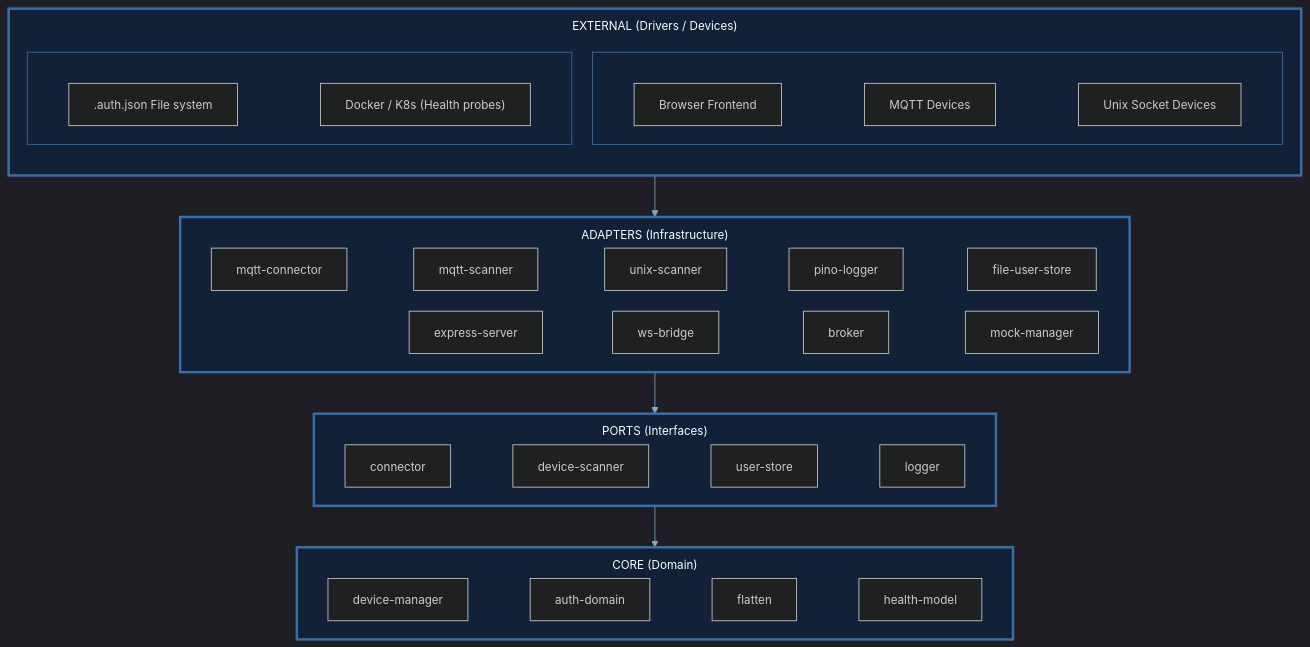
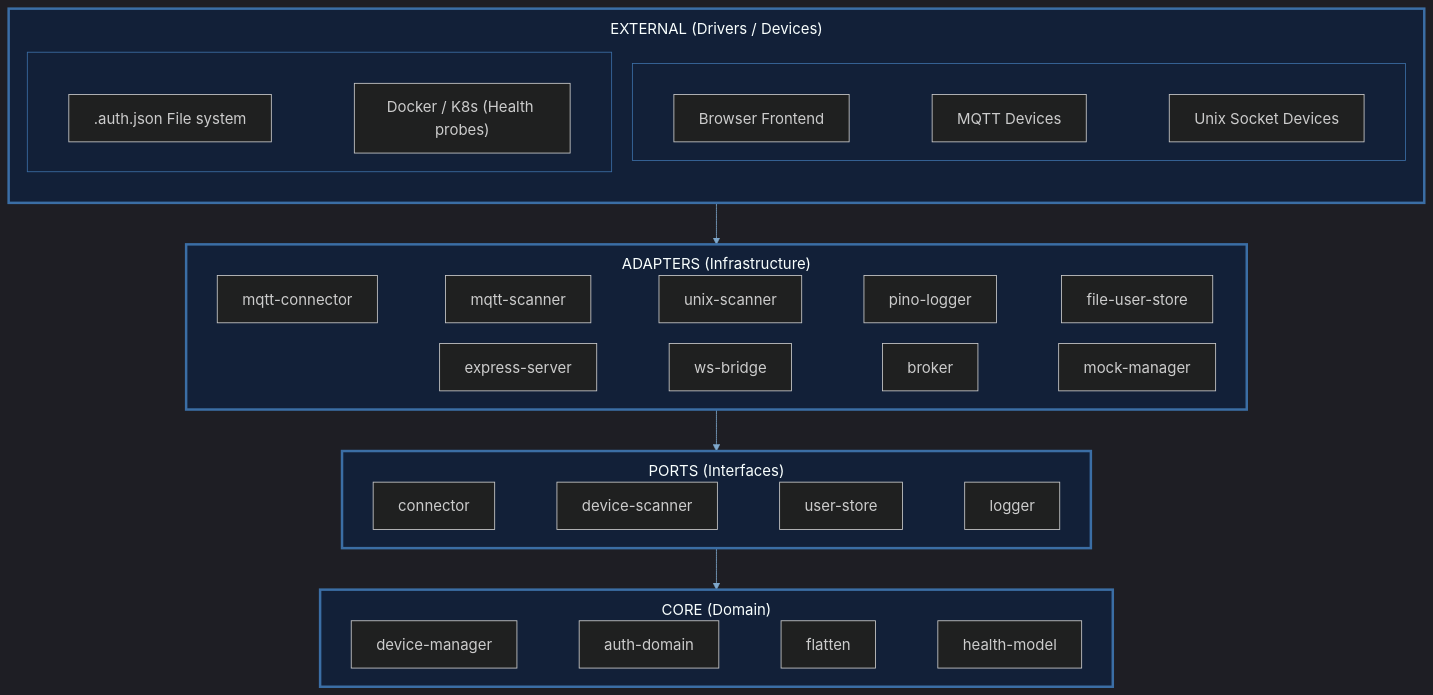
Before and after one commit to JuriPospelow/advancedGUI: the diagram in documentation/images/docs-scripts/clean-architecture-layers.mmd, drawn with Mermaid. The commit also changed 3 other files, not shown here.

Commit message:
docs: increase diagram font size to 18px

```diff
--- a/documentation/images/docs-scripts/clean-architecture-layers.mmd
+++ b/documentation/images/docs-scripts/clean-architecture-layers.mmd
@@ -1,39 +1,39 @@
-%%{init: {"theme":"dark","themeVariables":{"background":"#0f1b2d","primaryColor":"#16233c","primaryBorderColor":"#3b6ea5","primaryTextColor":"#e6edf5","clusterBkg":"#122038","clusterBorder":"#3b6ea5","lineColor":"#7fa8cc","fontSize":"14px"},"flowchart":{"rankDir":"TB","nodeSpacing":25,"rankSpacing":50,"useMaxWidth":false,"subGraphTitleMargin":{"top":10,"bottom":5}}}}%%
+%%{init: {"theme":"dark","themeVariables":{"background":"#0f1b2d","primaryColor":"#16233c","primaryBorderColor":"#3b6ea5","primaryTextColor":"#e6edf5","clusterBkg":"#122038","clusterBorder":"#3b6ea5","lineColor":"#7fa8cc","fontSize":"18px"},"flowchart":{"rankDir":"TB","nodeSpacing":25,"rankSpacing":50,"useMaxWidth":false,"subGraphTitleMargin":{"top":10,"bottom":5}}}}%%
 flowchart TB
     subgraph EXT["EXTERNAL (Drivers / Devices)"]
         direction TB
         subgraph EXTL1[" "]
             direction LR
             B1["Browser Frontend"] ~~~ B2["MQTT Devices"] ~~~ B3["Unix Socket Devices"]
         end
         subgraph EXTL2[" "]
             direction LR
             B4[".auth.json File system"] ~~~ B5["Docker / K8s (Health probes)"]
         end
     end
 
     subgraph ADAPT["ADAPTERS (Infrastructure)"]
         direction LR
         A1["mqtt-connector"] ~~~ A2["mqtt-scanner"] ~~~ A3["unix-scanner"] ~~~ A4["pino-logger"] ~~~ A5["file-user-store"]
         A6["express-server"] ~~~ A7["ws-bridge"] ~~~ A8["broker"] ~~~ A9["mock-manager"]
     end
 
     subgraph PORTS["PORTS (Interfaces)"]
         direction LR
         P1["connector"] ~~~ P2["device-scanner"] ~~~ P3["user-store"] ~~~ P4["logger"]
     end
 
     subgraph CORE["CORE (Domain)"]
         direction LR
         C1["device-manager"] ~~~ C2["auth-domain"] ~~~ C3["flatten"] ~~~ C4["health-model"]
     end
 
     EXT --> ADAPT
     ADAPT --> PORTS
     PORTS --> CORE
 
     classDef thick stroke:#3b6ea5,stroke-width:3px
     EXT:::thick
     ADAPT:::thick
     PORTS:::thick
     CORE:::thick
```
